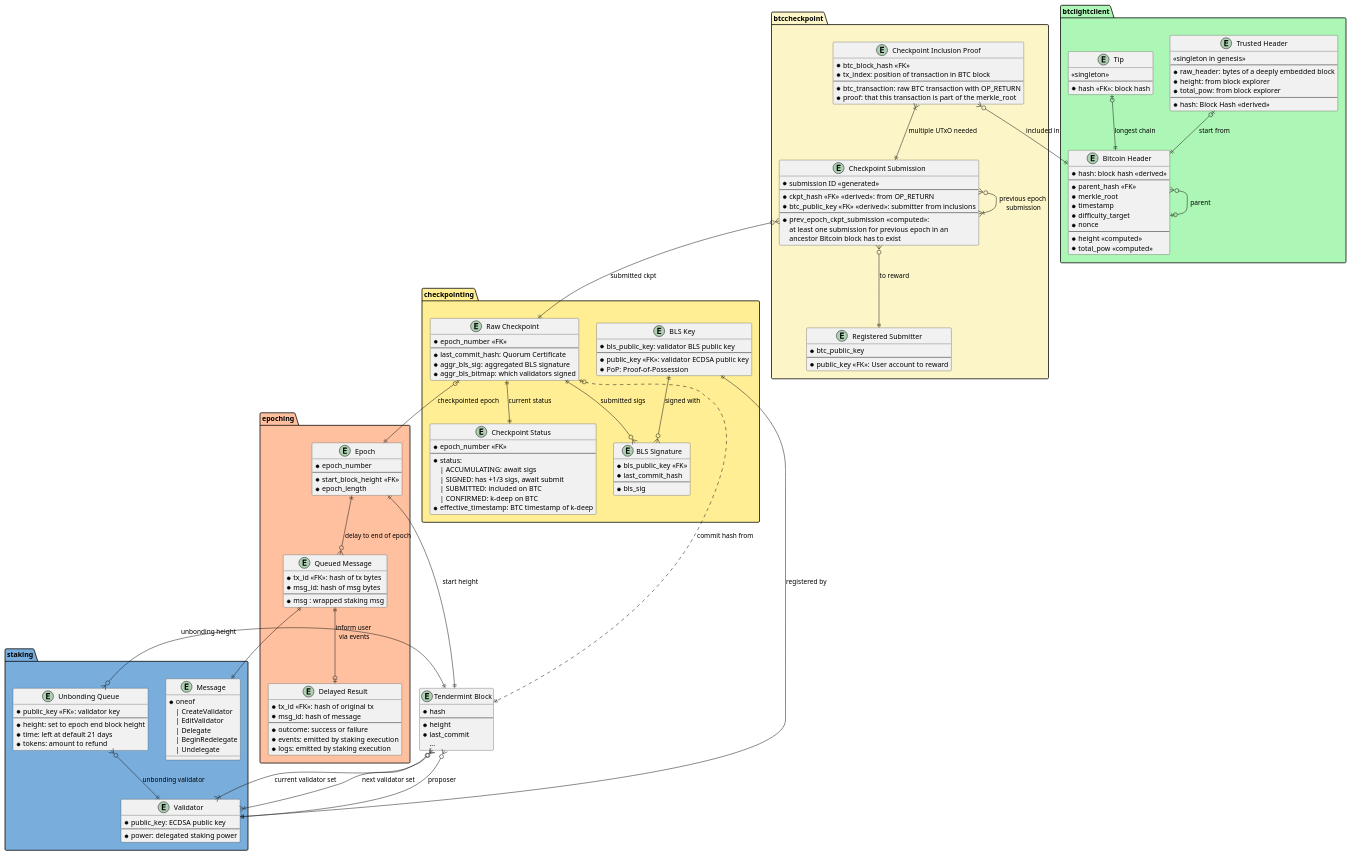
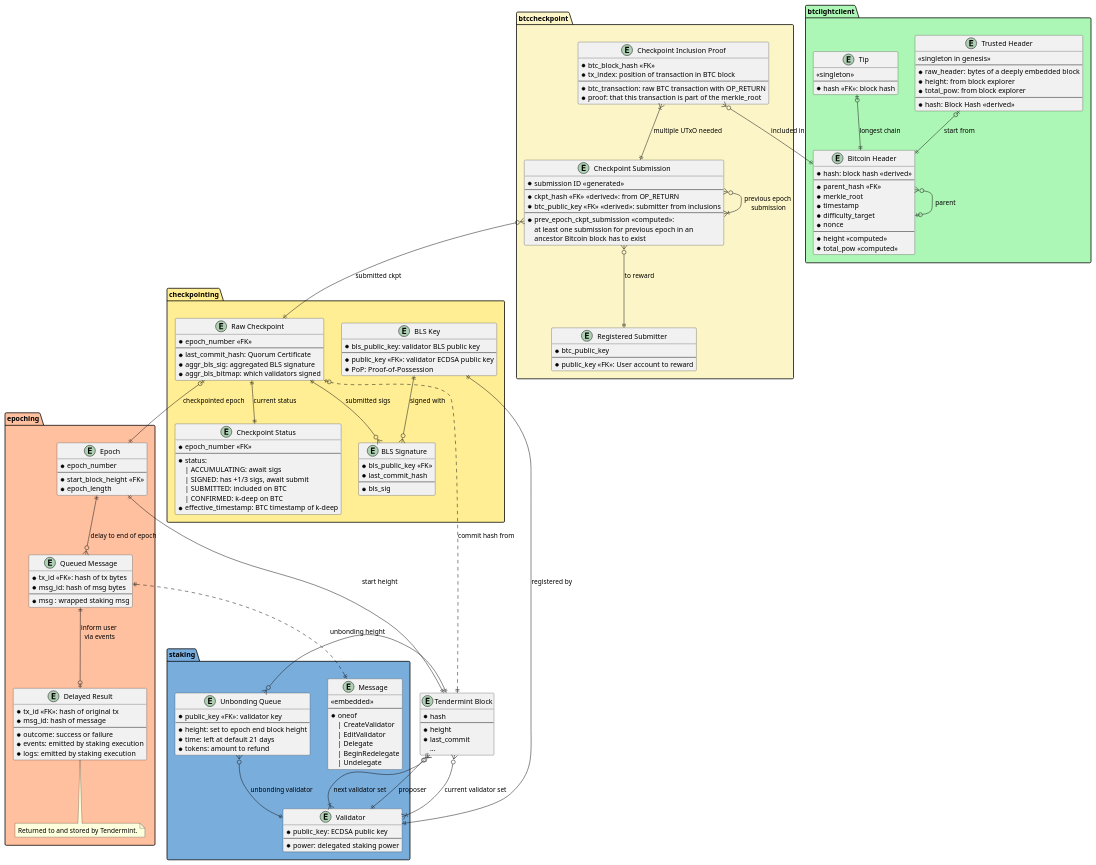
Before and after one commit to babylonchain/babylon: the diagram in docs/diagrams/database_schema.puml, drawn with PlantUML. The commit also changed 1 other file, not shown here.

```diff
--- a/docs/diagrams/database_schema.puml
+++ b/docs/diagrams/database_schema.puml
@@ -2,185 +2,190 @@
 @startuml Database Schema
 
 entity "Tendermint Block" as block {
   * hash
   --
   * height
   * last_commit
   ...
 }
 
 package "staking" #79ADDC {
   entity "Message" as staking_msg {
+    <<embedded>>
+    --
     * oneof
     | CreateValidator
     | EditValidator
     | Delegate
     | BeginRedelegate
     | Undelegate
   }
 
   entity "Validator" as validator {
     * public_key: ECDSA public key
     --
     * power: delegated staking power
   }
 
   entity "Unbonding Queue" as unbonding_queue {
     * public_key <<FK>>: validator key
     --
     * height: set to epoch end block height
     * time: left at default 21 days
     * tokens: amount to refund
   }
 }
 
 package "epoching" #FFC09F {
   entity "Epoch" as epoch {
     * epoch_number
     --
     * start_block_height <<FK>>
     * epoch_length
   }
   entity "Queued Message" as queued_msg {
     * tx_id <<FK>>: hash of tx bytes
     * msg_id: hash of msg bytes
     --
     * msg : wrapped staking msg
   }
   entity "Delayed Result" as delayed_result {
     * tx_id <<FK>>: hash of original tx
     * msg_id: hash of message
     --
     * outcome: success or failure
     * events: emitted by staking execution
     * logs: emitted by staking execution
   }
+  note bottom
+    Returned to and stored by Tendermint.
+  end note
 }
 
 
 package "checkpointing" #FFEE93 {
   entity "Raw Checkpoint" as raw_ckpt {
     * epoch_number <<FK>>
     --
     * last_commit_hash: Quorum Certificate
     * aggr_bls_sig: aggregated BLS signature
     * aggr_bls_bitmap: which validators signed
   }
 
   entity "Checkpoint Status" as ckpt_status {
     * epoch_number <<FK>>
     --
     * status:
       | ACCUMULATING: await sigs
       | SIGNED: has +1/3 sigs, await submit
       | SUBMITTED: included on BTC
       | CONFIRMED: k-deep on BTC
     * effective_timestamp: BTC timestamp of k-deep
   }
 
   entity "BLS Key" as bls_key {
     * bls_public_key: validator BLS public key
     --
     * public_key <<FK>>: validator ECDSA public key
     * PoP: Proof-of-Possession
   }
 
   entity "BLS Signature" as bls_sig {
     * bls_public_key <<FK>>
     * last_commit_hash
     --
     * bls_sig
   }
 }
 
 package "btccheckpoint" #FCF5C7 {
   entity "Registered Submitter" as ckpt_submitter {
     * btc_public_key
     --
     * public_key <<FK>>: User account to reward
   }
 
   entity "Checkpoint Submission" as ckpt_submission {
     * submission ID <<generated>>
     --
     * ckpt_hash <<FK>> <<derived>>: from OP_RETURN
     * btc_public_key <<FK>> <<derived>>: submitter from inclusions
     --
     * prev_epoch_ckpt_submission <<computed>>:
       at least one submission for previous epoch in an
       ancestor Bitcoin block has to exist
   }
 
   entity "Checkpoint Inclusion Proof" as ckpt_inclusion {
     * btc_block_hash <<FK>>
     * tx_index: position of transaction in BTC block
     --
     * btc_transaction: raw BTC transaction with OP_RETURN
     * proof: that this transaction is part of the merkle_root
   }
 }
 
 package "btclightclient" #ADF7B6 {
   entity "Bitcoin Header" as btc_header {
     * hash: block hash <<derived>>
     --
     * parent_hash <<FK>>
     * merkle_root
     * timestamp
     * difficulty_target
     * nonce
     --
     * height <<computed>>
     * total_pow <<computed>>
   }
 
   entity "Trusted Header" as btc_trusted {
     <<singleton in genesis>>
     --
     * raw_header: bytes of a deeply embedded block
     * height: from block explorer
     * total_pow: from block explorer
     --
     * hash: Block Hash <<derived>>
   }
 
   entity "Tip" as btc_tip {
     <<singleton>>
     --
     * hash <<FK>>: block hash
   }
 }
 
 block }o--|{ validator : current validator set
 block }o--|{ validator : next validator set
 block }o--|| validator : proposer
 
 epoch ||--o{ queued_msg : delay to end of epoch
 epoch ||--|| block : start height
 
-queued_msg ||--|| staking_msg
+queued_msg ||..|| staking_msg
 queued_msg ||--o| delayed_result : inform user \nvia events
 
 unbonding_queue }o--|| block : unbonding height
 unbonding_queue }o--|| validator : unbonding validator
 
 raw_ckpt |o--|| epoch : checkpointed epoch
 raw_ckpt |o..|| block : commit hash from
 raw_ckpt ||--|| ckpt_status : current status
 raw_ckpt ||--o{ bls_sig : submitted sigs
 
 bls_key ||--o{ bls_sig : signed with
 bls_key ||--|| validator : registered by
 
 ckpt_submission }o--|| raw_ckpt : submitted ckpt
 ckpt_submission }o--|| ckpt_submitter : to reward
 ckpt_submission }o--|{ ckpt_submission : previous epoch\n submission
 
 ckpt_inclusion }|--|| ckpt_submission : multiple UTxO needed
 ckpt_inclusion }o--|| btc_header : included in
 
 btc_header }o--o| btc_header : parent
 btc_trusted |o--|| btc_header : start from
 btc_tip |o--|| btc_header: longest chain
 
 @enduml
```
